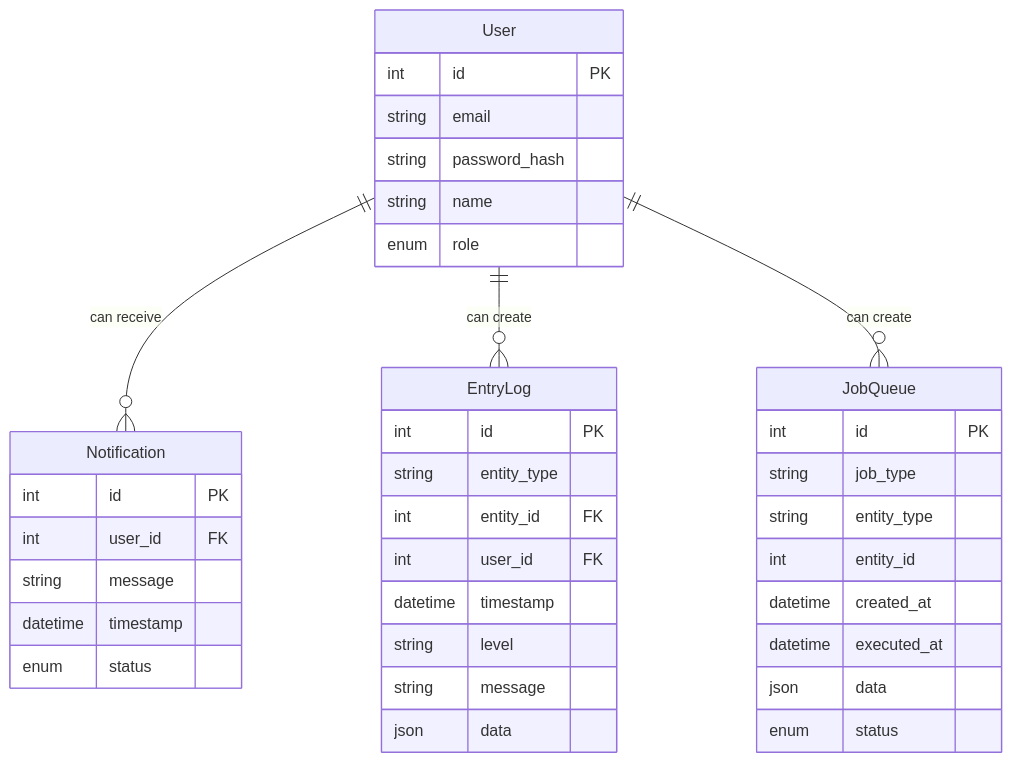
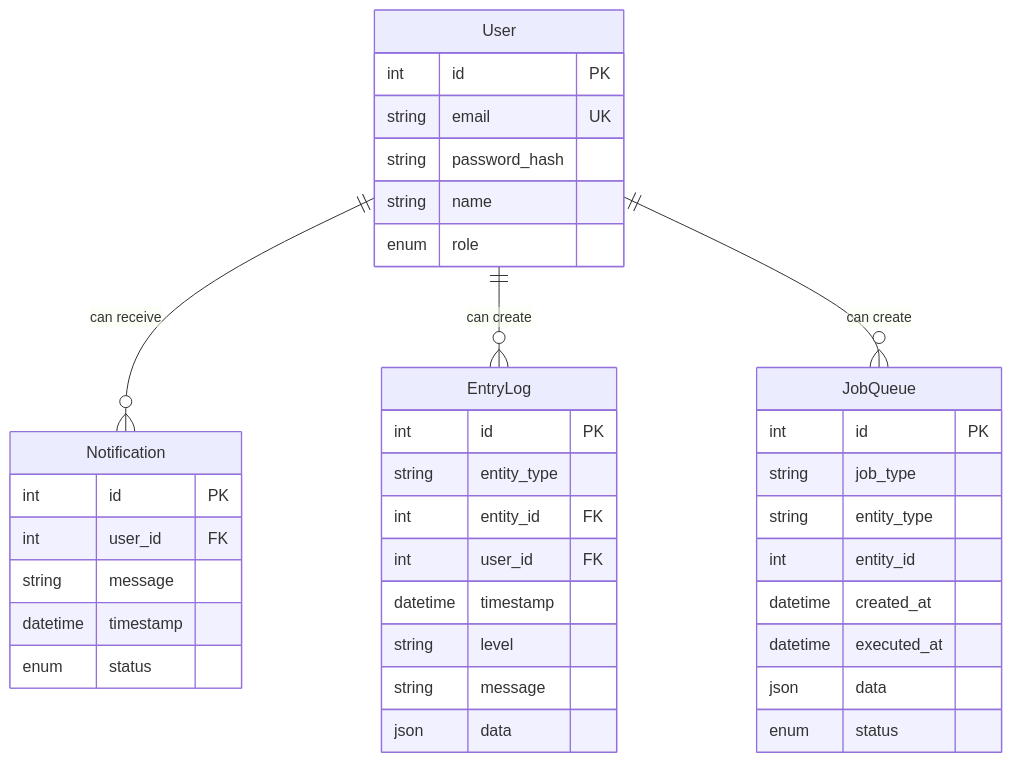
One commit to AstroBookings/.github changed the diagram in profile/3-implementation/5_0-system.schema.md. Above: the diagram before and after it, drawn with Mermaid. The commit also changed other lines of this file and 2 other files, not shown here.

````diff
--- a/profile/3-implementation/5_0-system.schema.md
+++ b/profile/3-implementation/5_0-system.schema.md
@@ -7,45 +7,45 @@
 ```mermaid
 erDiagram
     User {
         int id PK
-        string email
+        string email UK
         string password_hash
         string name
         enum role
     }
 
     Notification {
         int id PK
         int user_id FK
         string message
         datetime timestamp
         enum status
     }
 
     EntryLog {
         int id PK
         string entity_type
         int entity_id FK
         int user_id FK
         datetime timestamp
         string level
         string message
         json data
     }
 
     JobQueue {
         int id PK
         string job_type
         string entity_type
         int entity_id
         datetime created_at
         datetime executed_at
         json data
         enum status
     }
 
     User ||--o{ Notification : "can receive"
     User ||--o{ EntryLog : "can create"
     User ||--o{ JobQueue : "can create"
 
 ```
````
